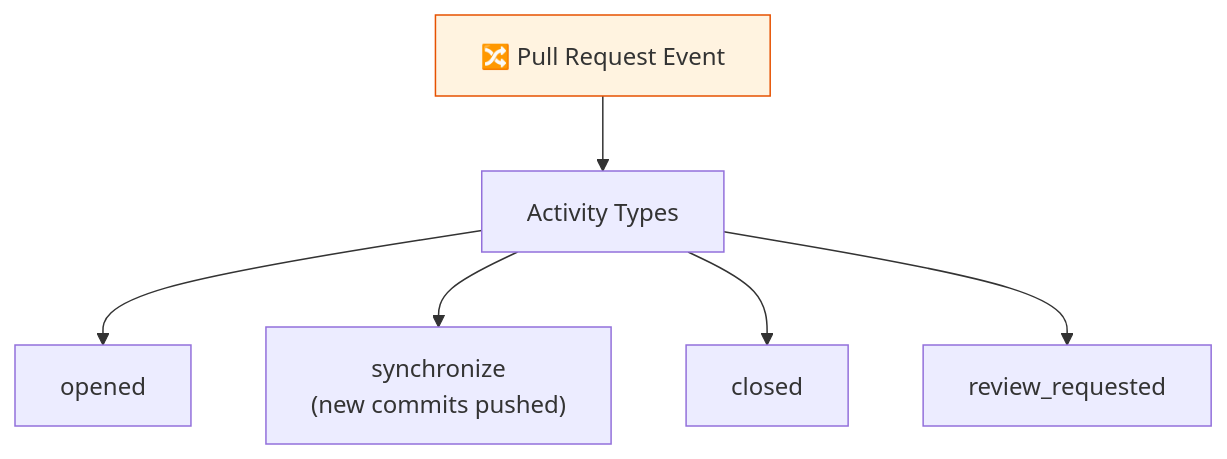
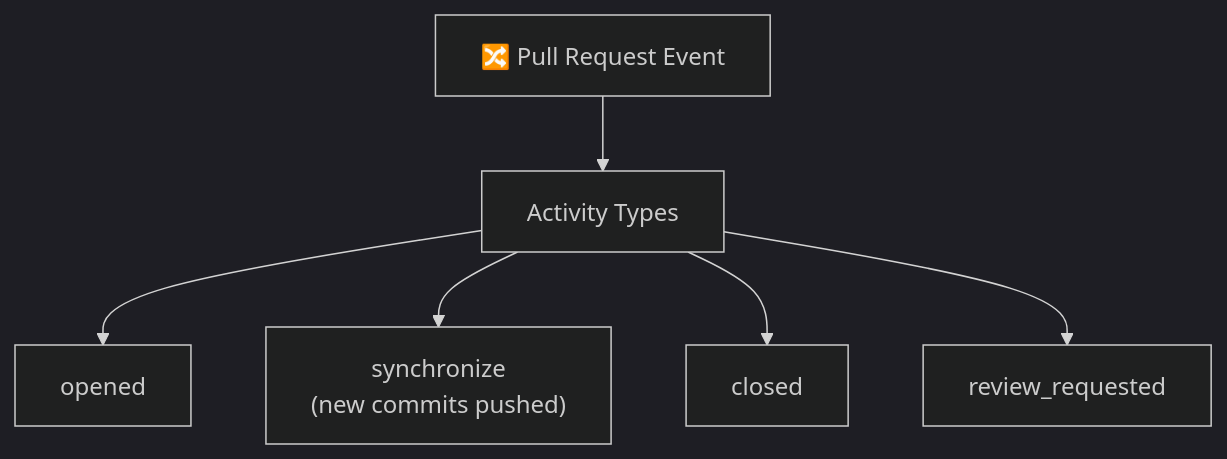
One commit to vishutyagi0210/github-ci-cd-with-labs changed the fourth of 6 diagrams in 04-triggering-events/README.md. Above: the diagram before and after it, drawn with Mermaid. The commit also changed other lines of this file and 13 other files, not shown here.

Commit message:
fix: switch all mermaid diagrams to dark theme for better readability

````diff
--- a/04-triggering-events/README.md
+++ b/04-triggering-events/README.md
@@ -116,10 +111,10 @@
 ```mermaid
+%%{init: {"theme": "dark"}}%%
 graph TD
     PR["🔀 Pull Request Event"] --> TYPES["Activity Types"]
     TYPES --> OPENED["opened"]
     TYPES --> SYNC["synchronize<br/>(new commits pushed)"]
     TYPES --> CLOSED["closed"]
     TYPES --> REVIEW["review_requested"]
 
-    style PR fill:#fff3e0,stroke:#e65100
 ```
````
